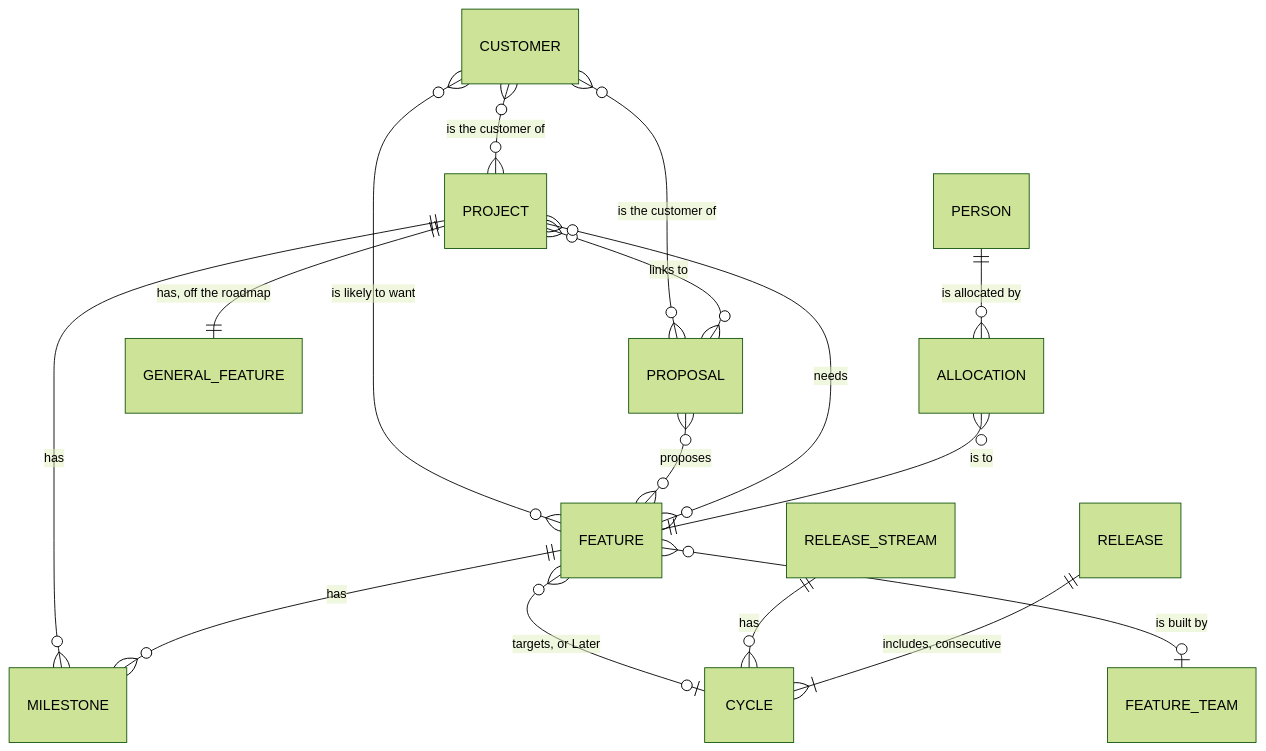
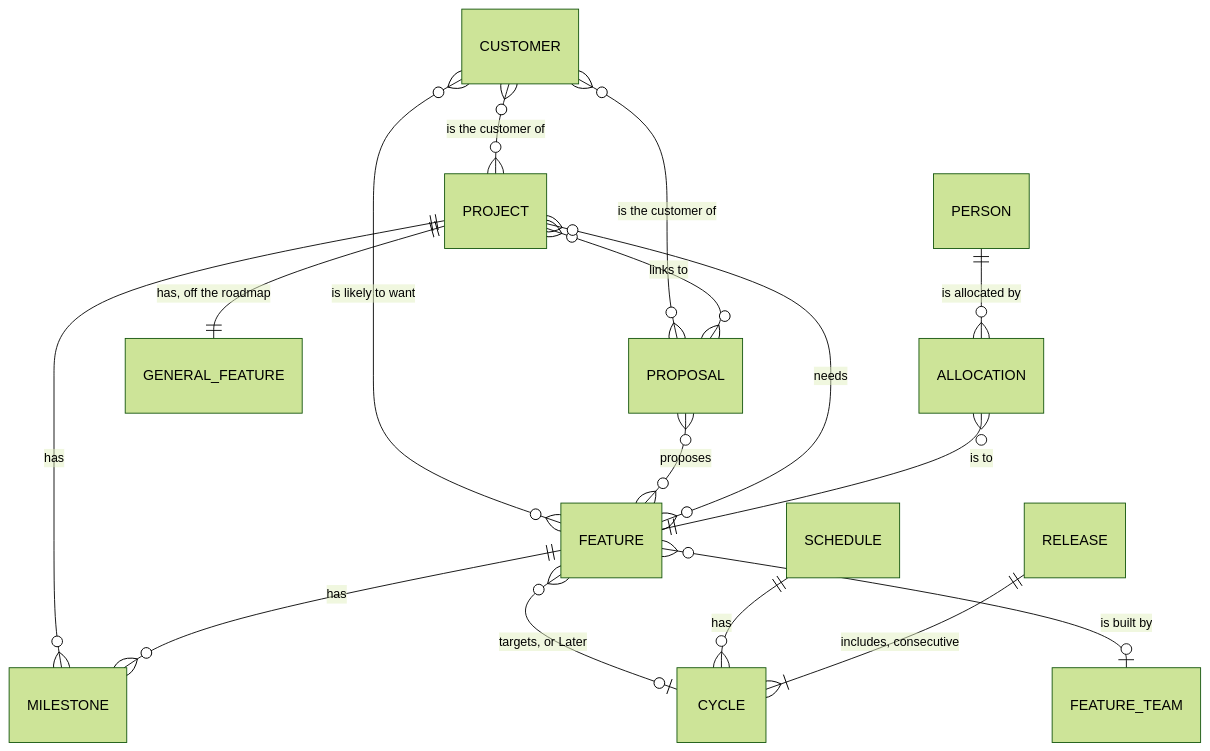
One commit to ribbitworks/fathom changed the second of 3 diagrams in docs/product/decisions.md. Above: the diagram before and after it, drawn with Mermaid (forest theme). The commit also changed other lines of this file and 35 other files, not shown here.

````diff
--- a/docs/product/decisions.md
+++ b/docs/product/decisions.md
@@ -118,18 +118,18 @@
 ```mermaid
 erDiagram
     CUSTOMER }o--o{ PROJECT : "is the customer of"
     CUSTOMER }o--o{ PROPOSAL : "is the customer of"
     CUSTOMER }o--o{ FEATURE : "is likely to want"
     PROPOSAL }o--o{ FEATURE : "proposes"
     PROJECT }o--o{ PROPOSAL : "links to"
     PROJECT }o--o{ FEATURE : "needs"
     PROJECT ||--|| GENERAL_FEATURE : "has, off the roadmap"
     PROJECT ||--o{ MILESTONE : "has"
     FEATURE ||--o{ MILESTONE : "has"
     FEATURE }o--o| CYCLE : "targets, or Later"
     FEATURE }o--o| FEATURE_TEAM : "is built by"
-    RELEASE_STREAM ||--o{ CYCLE : "has"
+    SCHEDULE ||--o{ CYCLE : "has"
     RELEASE ||--|{ CYCLE : "includes, consecutive"
     PERSON ||--o{ ALLOCATION : "is allocated by"
     ALLOCATION }o--|| FEATURE : "is to"
 ```
````
